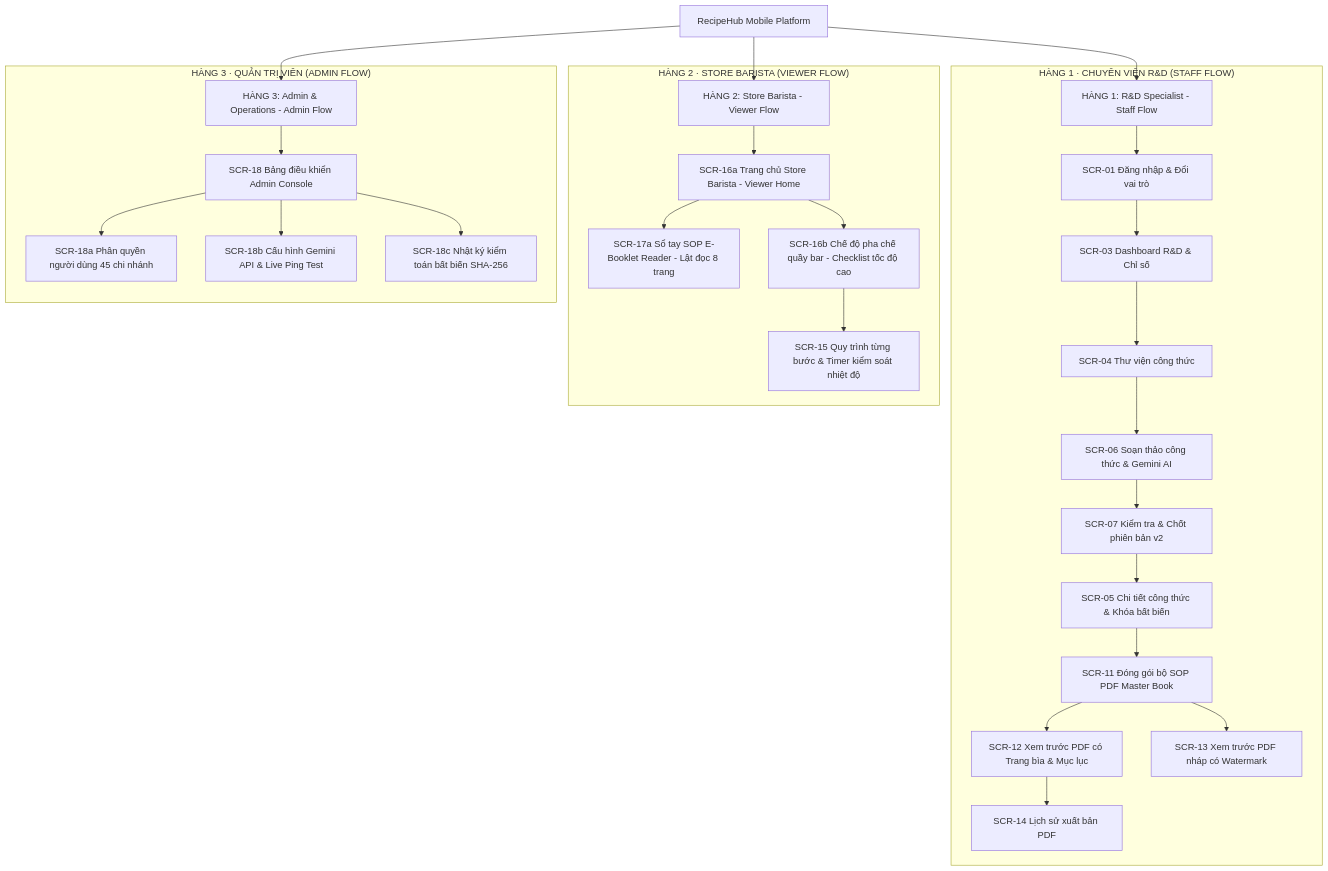
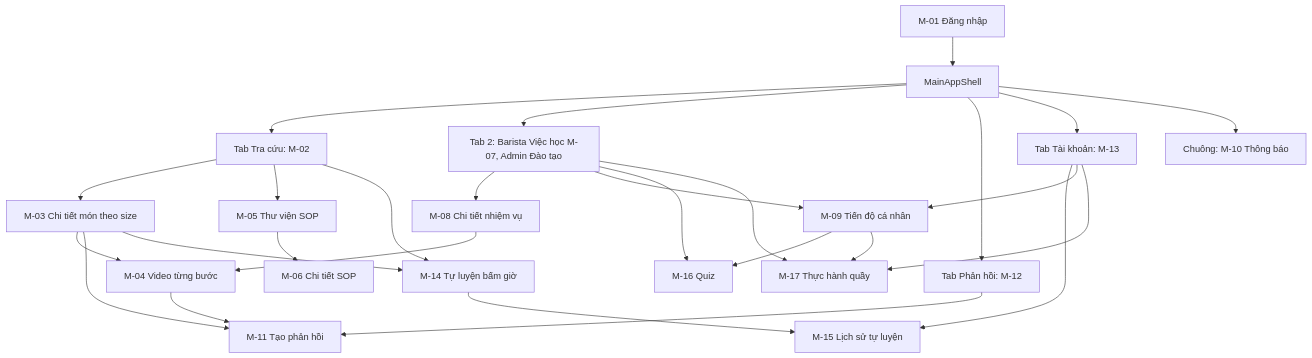
Before and after one commit to ThreadPoolTeam/RecipeHub: the diagram in src/mobile/ux/user-flow.md, drawn with Mermaid. The commit also changed other lines of this file and 12 other files, not shown here.

````diff
--- a/src/mobile/ux/user-flow.md
+++ b/src/mobile/ux/user-flow.md
@@ -13,33 +8,29 @@
 ```mermaid
 graph TD
-    App[RecipeHub Mobile Platform] --> Row1[HÀNG 1: R&D Specialist - Staff Flow]
-    App --> Row2[HÀNG 2: Store Barista - Viewer Flow]
-    App --> Row3[HÀNG 3: Admin & Operations - Admin Flow]
-
-    subgraph "HÀNG 1 · CHUYÊN VIÊN R&D (STAFF FLOW)"
-        Row1 --> SCR01[SCR-01 Đăng nhập & Đổi vai trò]
-        SCR01 --> SCR03[SCR-03 Dashboard R&D & Chỉ số]
-        SCR03 --> SCR04[SCR-04 Thư viện công thức]
-        SCR04 --> SCR06[SCR-06 Soạn thảo công thức & Gemini AI]
-        SCR06 --> SCR07[SCR-07 Kiểm tra & Chốt phiên bản v2]
-        SCR07 --> SCR05[SCR-05 Chi tiết công thức & Khóa bất biến]
-        SCR05 --> SCR11[SCR-11 Đóng gói bộ SOP PDF Master Book]
-        SCR11 --> SCR12[SCR-12 Xem trước PDF có Trang bìa & Mục lục]
-        SCR11 --> SCR13[SCR-13 Xem trước PDF nháp có Watermark]
-        SCR12 --> SCR14[SCR-14 Lịch sử xuất bản PDF]
-    end
-
-    subgraph "HÀNG 2 · STORE BARISTA (VIEWER FLOW)"
-        Row2 --> SCR16a[SCR-16a Trang chủ Store Barista - Viewer Home]
-        SCR16a --> SCR17a[SCR-17a Sổ tay SOP E-Booklet Reader - Lật đọc 8 trang]
-        SCR16a --> SCR16b[SCR-16b Chế độ pha chế quầy bar - Checklist tốc độ cao]
-        SCR16b --> SCR15[SCR-15 Quy trình từng bước & Timer kiểm soát nhiệt độ]
-    end
-
-    subgraph "HÀNG 3 · QUẢN TRỊ VIÊN (ADMIN FLOW)"
-        Row3 --> SCR18[SCR-18 Bảng điều khiển Admin Console]
-        SCR18 --> SCR18a[SCR-18a Phân quyền người dùng 45 chi nhánh]
-        SCR18 --> SCR18b[SCR-18b Cấu hình Gemini API & Live Ping Test]
-        SCR18 --> SCR18c[SCR-18c Nhật ký kiểm toán bất biến SHA-256]
-    end
+    M01[M-01 Đăng nhập] --> Shell[MainAppShell]
+    Shell --> T1[Tab Tra cứu: M-02]
+    Shell --> T2[Tab 2: Barista Việc học M-07, Admin Đào tạo]
+    Shell --> T3[Tab Phản hồi: M-12]
+    Shell --> T4[Tab Tài khoản: M-13]
+    Shell --> Bell[Chuông: M-10 Thông báo]
+    T1 --> M03[M-03 Chi tiết món theo size]
+    T1 --> M05[M-05 Thư viện SOP]
+    M03 --> M04[M-04 Video từng bước]
+    M03 --> M11[M-11 Tạo phản hồi]
+    M04 --> M11
+    M05 --> M06[M-06 Chi tiết SOP]
+    T2 --> M08[M-08 Chi tiết nhiệm vụ]
+    T2 --> M09[M-09 Tiến độ cá nhân]
+    T2 --> M16[M-16 Quiz]
+    T2 --> M17[M-17 Thực hành quầy]
+    M08 --> M04
+    M09 --> M16
+    M09 --> M17
+    T1 --> M14[M-14 Tự luyện bấm giờ]
+    M03 --> M14
+    M14 --> M15[M-15 Lịch sử tự luyện]
+    T4 --> M15
+    T4 --> M09
+    T4 --> M17
+    T3 --> M11
 ```
````
